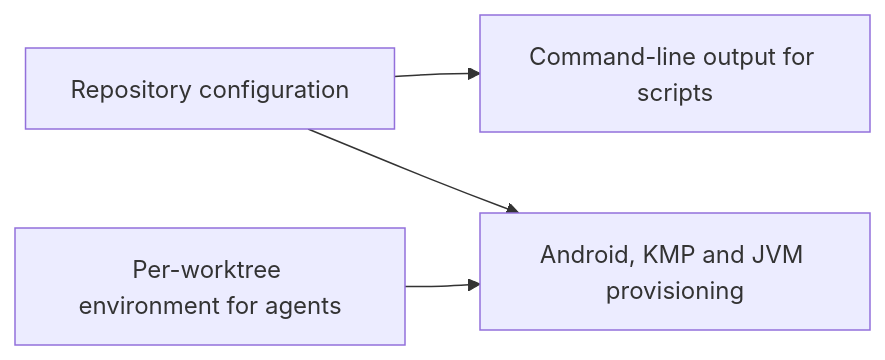
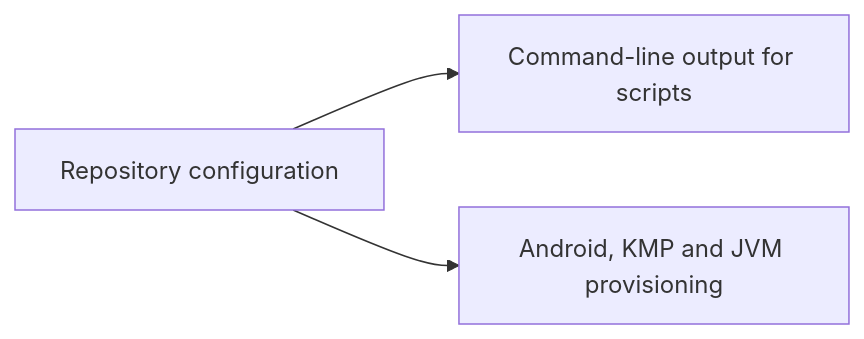
The diagram in docs/roadmap.md (LuxionServer/ShogunAi), drawn with Mermaid before and after one commit. The commit also changed other lines of this file and 66 other files, not shown here.

First line of the commit message:
Give each worktree its own environment and reserved ports

````diff
--- a/docs/roadmap.md
+++ b/docs/roadmap.md
@@ -17,6 +17,5 @@
 ```mermaid
 graph LR
     A["Repository configuration"] --> B["Command-line output for scripts"]
     A --> D["Android, KMP and JVM provisioning"]
-    E["Per-worktree environment for agents"] --> D
 ```
````
